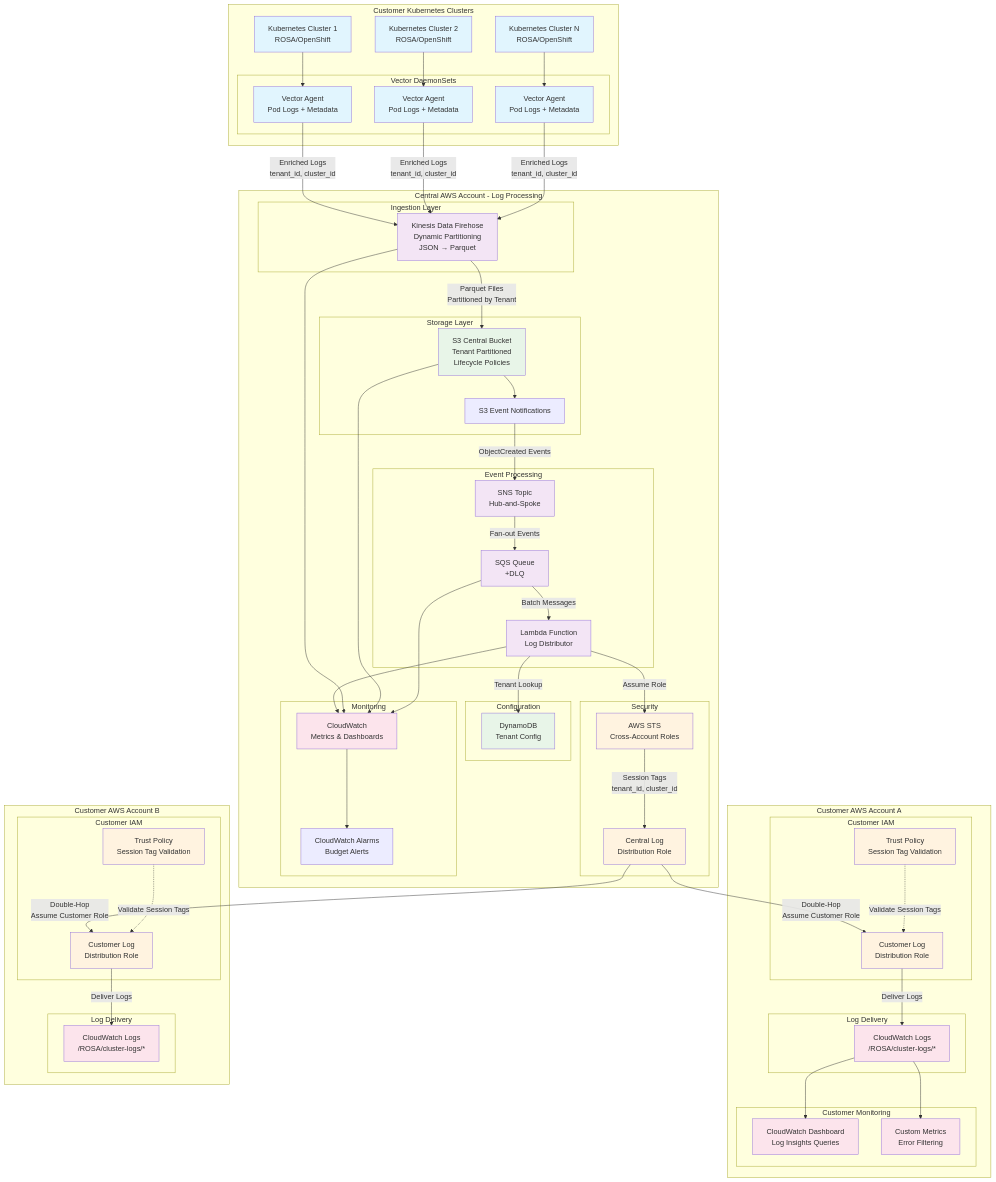
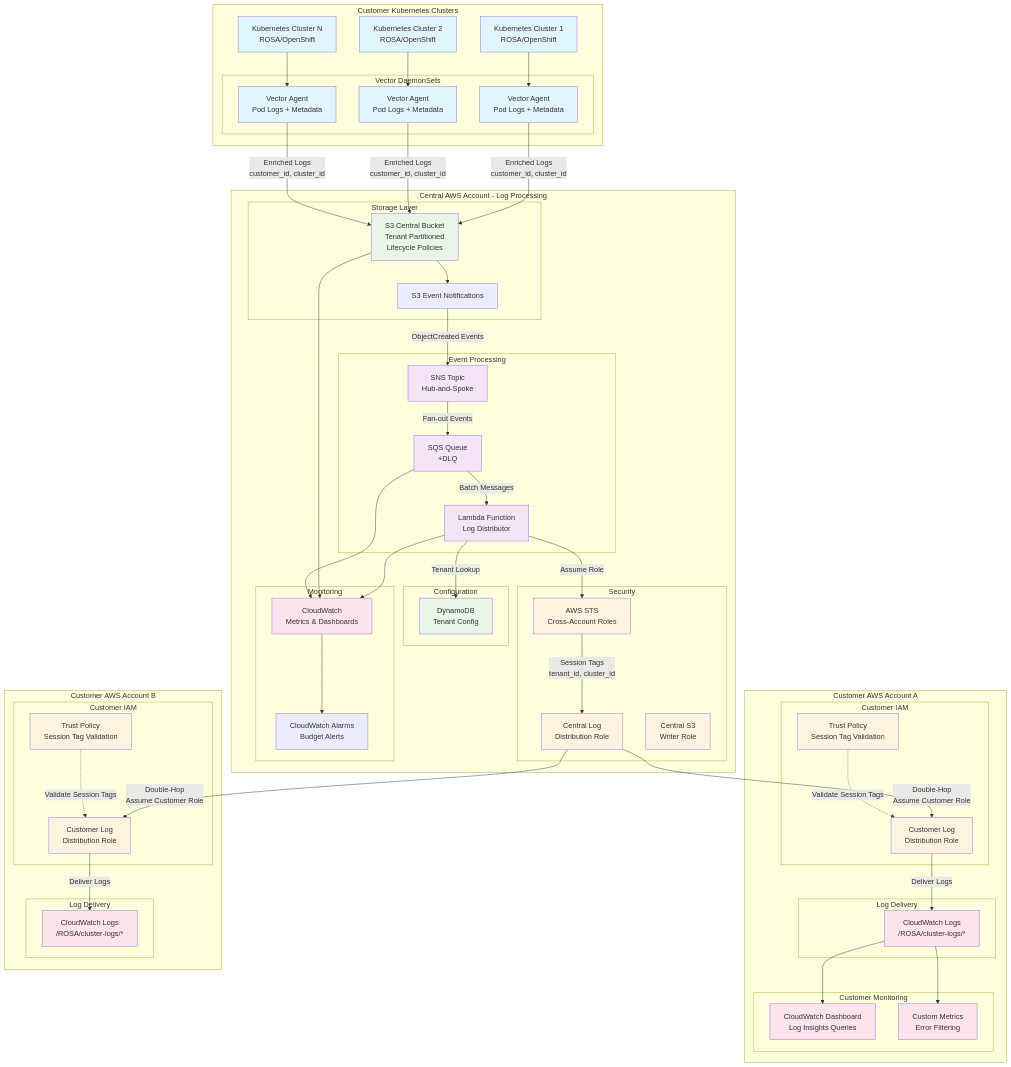
Before and after one commit to openshift-online/rosa-log-router: the diagram in docs/README.md, drawn with Mermaid. The commit also changed other lines of this file and 10 other files, not shown here.

First line of the commit message:
Remove Kinesis Data Firehose and implement direct S3 writes

````diff
--- a/docs/README.md
+++ b/docs/README.md
@@ -34,10 +33,6 @@
     end
 
     subgraph "Central AWS Account - Log Processing"
-        subgraph "Ingestion Layer"
-            KF[Kinesis Data Firehose<br/>Dynamic Partitioning<br/>JSON → Parquet]
-        end
-        
         subgraph "Storage Layer"
             S3[S3 Central Bucket<br/>Tenant Partitioned<br/>Lifecycle Policies]
             S3E[S3 Event Notifications]
@@ -56,6 +51,7 @@
         subgraph "Security"
             STS[AWS STS<br/>Cross-Account Roles]
             CentralRole[Central Log<br/>Distribution Role]
+            S3WriterRole[Central S3<br/>Writer Role]
         end
         
         subgraph "Monitoring"
@@ -92,11 +88,9 @@
     end
 
     %% Data Flow
-    V1 -->|Enriched Logs<br/>tenant_id, cluster_id| KF
-    V2 -->|Enriched Logs<br/>tenant_id, cluster_id| KF
-    V3 -->|Enriched Logs<br/>tenant_id, cluster_id| KF
-    
-    KF -->|Parquet Files<br/>Partitioned by Tenant| S3
+    V1 -->|Enriched Logs<br/>customer_id, cluster_id| S3
+    V2 -->|Enriched Logs<br/>customer_id, cluster_id| S3
+    V3 -->|Enriched Logs<br/>customer_id, cluster_id| S3
     S3 --> S3E
     S3E -->|ObjectCreated Events| SNS
     SNS -->|Fan-out Events| SQS
@@ -119,7 +113,6 @@
     
     %% Monitoring Flows
     Lambda --> CW
-    KF --> CW
     S3 --> CW
     SQS --> CW
     
@@ -135,8 +128,8 @@
     classDef processing fill:#fce4ec
     
     class K8s1,K8s2,K8s3,V1,V2,V3 customer
-    class Lambda,SQS,SNS,KF central
-    class STS,CentralRole,Role_A,Role_B,Trust_A,Trust_B security
+    class Lambda,SQS,SNS central
+    class STS,CentralRole,S3WriterRole,Role_A,Role_B,Trust_A,Trust_B security
     class S3,DDB storage
     class CWL_A,CWL_B,CW,Dash_A,Metric_A processing
 ```
````
